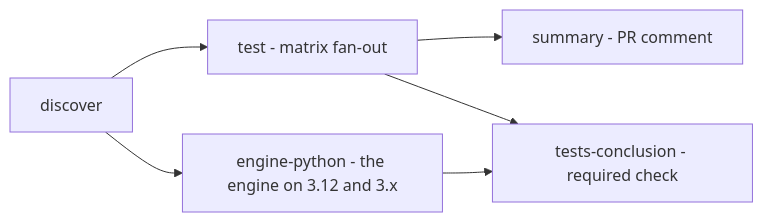
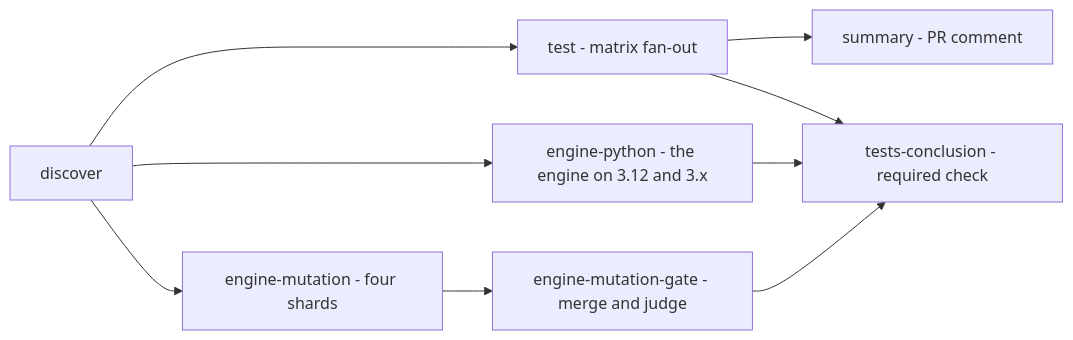
One commit to dsb-norge/github-actions-terraform changed the diagram in docs/Testing-in-ci.md. Above: the diagram before and after it, drawn with Mermaid. The commit also changed other lines of this file and 3 other files, not shown here.

First line of the commit message:
ci: run the engine's mutation gate once, in four shards

````diff
--- a/docs/Testing-in-ci.md
+++ b/docs/Testing-in-ci.md
@@ -28,8 +28,11 @@
 ```mermaid
 flowchart LR
     discover --> test["test - matrix fan-out"]
     discover --> python["engine-python - the engine on 3.12 and 3.x"]
+    discover --> shards["engine-mutation - four shards"]
+    shards --> gate["engine-mutation-gate - merge and judge"]
     test --> summary["summary - PR comment"]
     test --> conclusion["tests-conclusion - required check"]
     python --> conclusion
+    gate --> conclusion
 ```
````
